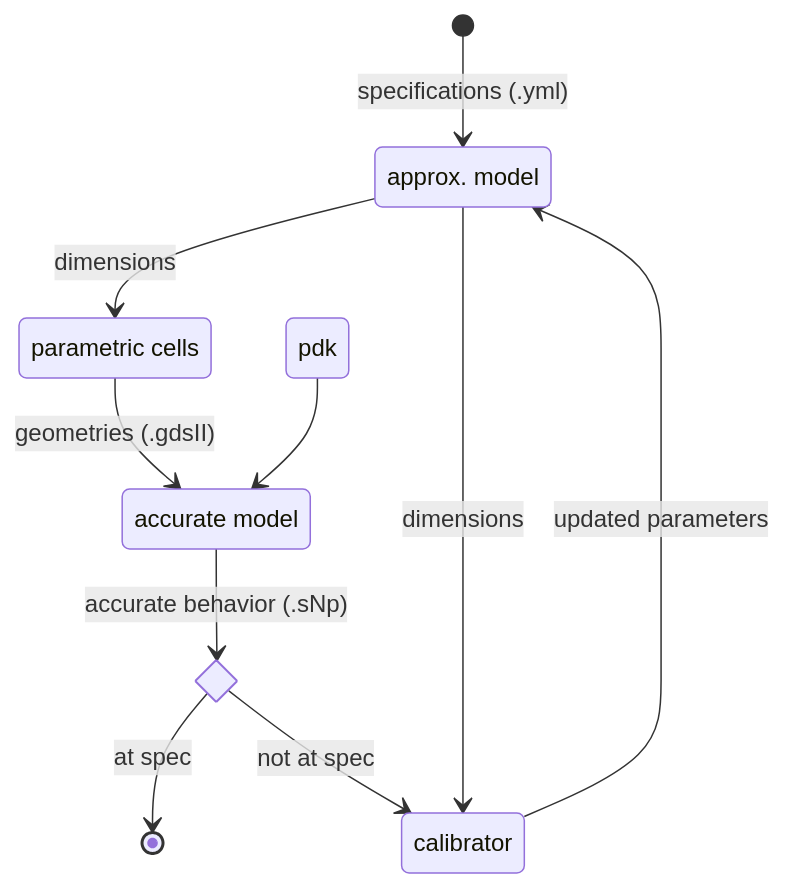
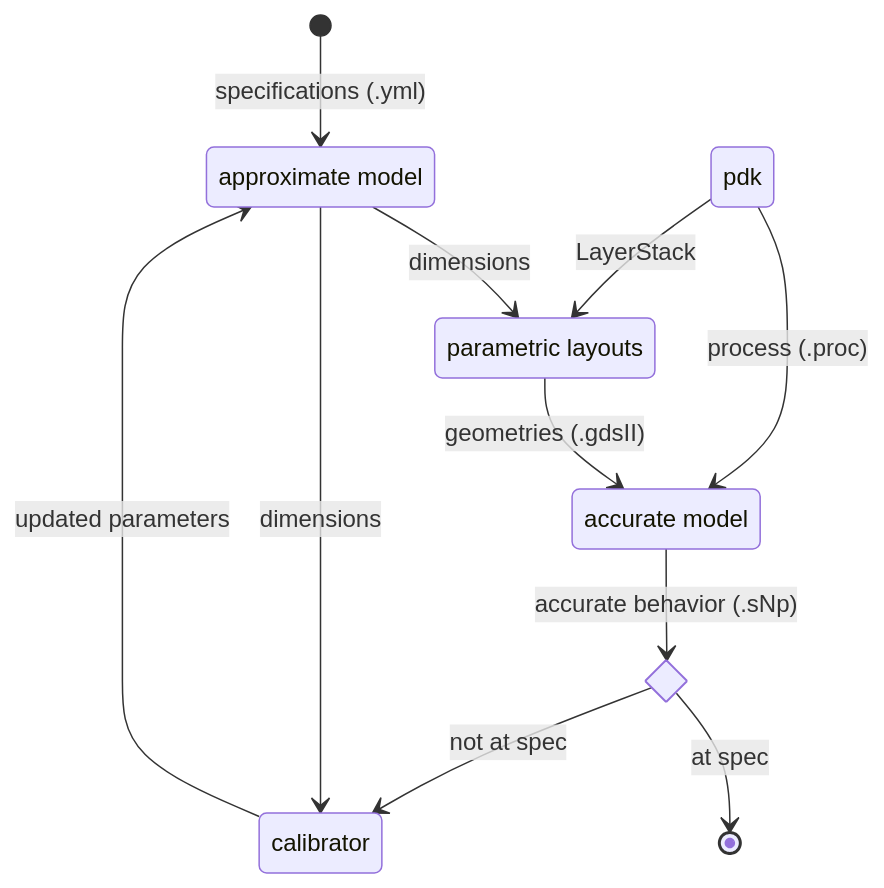
The diagram in docs/README.md (Patarimi/hades), drawn with Mermaid before and after one commit. The commit also changed other lines of this file, not shown here.

````diff
--- a/docs/README.md
+++ b/docs/README.md
@@ -20,17 +20,18 @@
 ```mermaid
 stateDiagram
     [*] --> app: specifications (.yml)
-    app: approx. model
-    pc: parametric cells
-    app --> pc: dimensions
+    app: approximate model
+    pl: parametric layouts
+    app --> pl: dimensions
     sim: accurate model
-    pc --> sim: geometries (.gdsII)
-    pdk --> sim
+    pl --> sim: geometries (.gdsII)
+    pdk --> sim: process (.proc)
+    pdk --> pl: LayerStack
     cal: calibrator
     state atSpec <<choice>>
     sim --> atSpec: accurate behavior (.sNp)
     atSpec --> [*]: at spec
     atSpec --> cal: not at spec
     app --> cal: dimensions
     cal --> app: updated parameters
 ```
````
